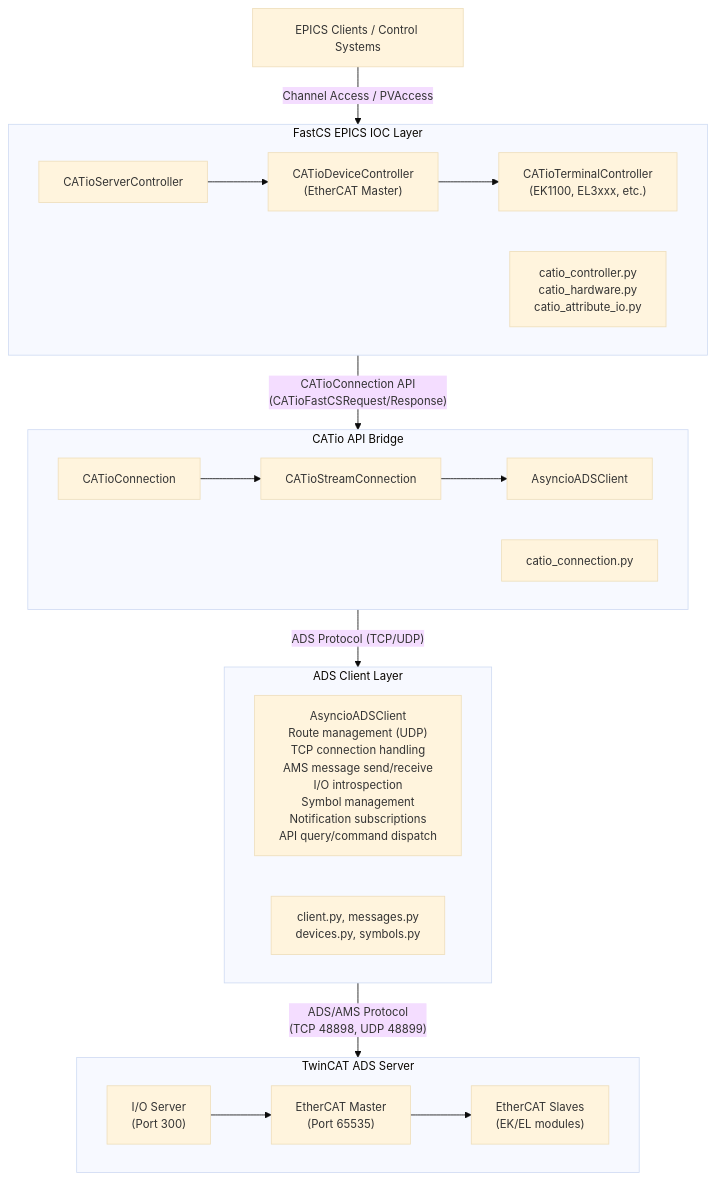
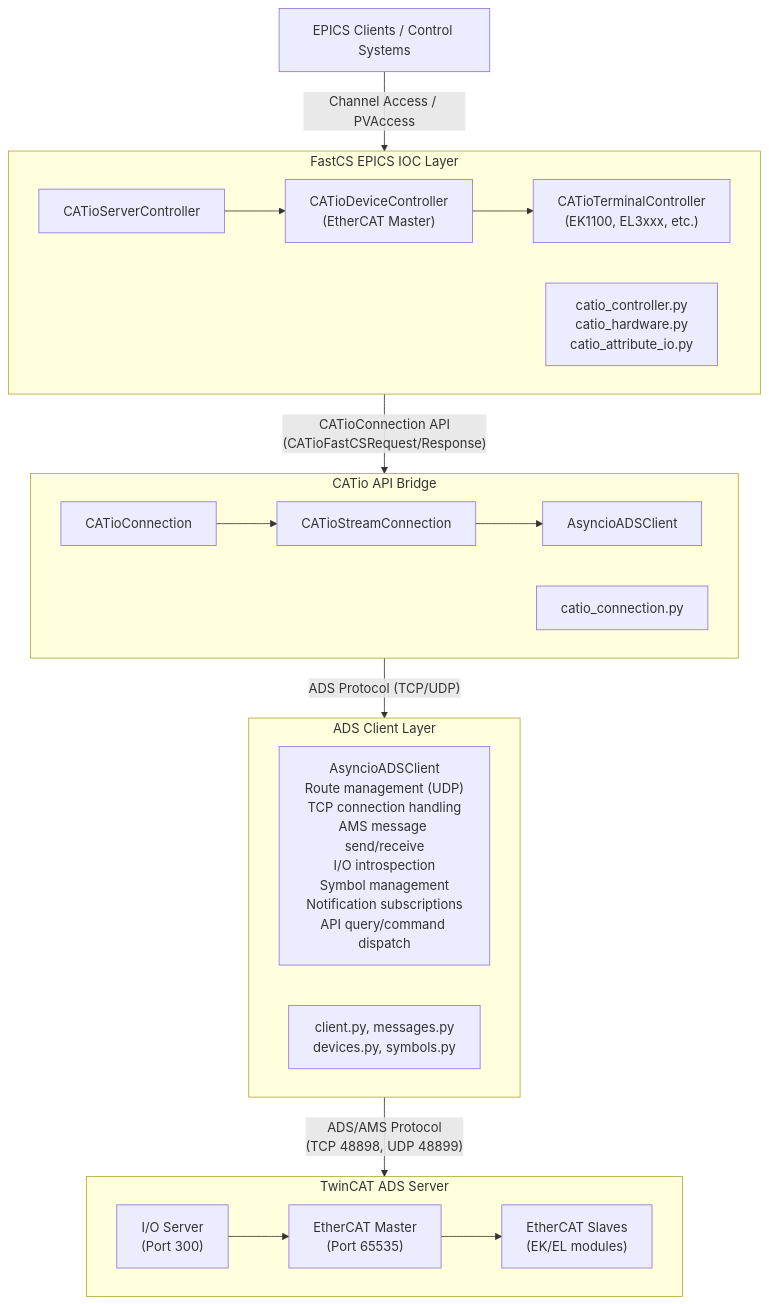
Before and after one commit to DiamondLightSource/fastcs-catio: the first of 2 diagrams in docs/explanations/architecture-overview.md, drawn with Mermaid. The commit also changed other lines of this file and 1 other file, not shown here.

Commit message:
Remove explicit font size from Mermaid diagrams
Remove %%{init: ...fontSize...}%% directives that were causing oversized fonts.
Let mermaid use default font sizing for consistent appearance.

````diff
--- a/docs/explanations/architecture-overview.md
+++ b/docs/explanations/architecture-overview.md
@@ -10,33 +10,32 @@
 ```mermaid
-%%{init: {'theme': 'base', 'themeVariables': { 'fontSize': '14px'}}}%%
 flowchart TB
     clients["EPICS Clients / Control Systems"]
 
     subgraph fastcs["FastCS EPICS IOC Layer"]
         direction LR
         server["CATioServerController"] --> device["CATioDeviceController<br/>(EtherCAT Master)"] --> terminal["CATioTerminalController<br/>(EK1100, EL3xxx, etc.)"]
         fastcs_files["catio_controller.py<br/>catio_hardware.py<br/>catio_attribute_io.py"]
     end
 
     subgraph bridge["CATio API Bridge"]
         direction LR
         conn["CATioConnection"] --> stream["CATioStreamConnection"] --> adsbridge["AsyncioADSClient"]
         bridge_files["catio_connection.py"]
     end
 
     subgraph adslayer["ADS Client Layer"]
         direction LR
         adsclient["AsyncioADSClient<br/>Route management (UDP)<br/>TCP connection handling<br/>AMS message send/receive<br/>I/O introspection<br/>Symbol management<br/>Notification subscriptions<br/>API query/command dispatch"]
         ads_files["client.py, messages.py<br/>devices.py, symbols.py"]
     end
 
     subgraph twincat["TwinCAT ADS Server"]
         direction LR
         ioserver["I/O Server<br/>(Port 300)"] --> master["EtherCAT Master<br/>(Port 65535)"] --> slaves["EtherCAT Slaves<br/>(EK/EL modules)"]
     end
 
     clients -->|"Channel Access / PVAccess"| fastcs
     fastcs -->|"CATioConnection API<br/>(CATioFastCSRequest/Response)"| bridge
     bridge -->|"ADS Protocol (TCP/UDP)"| adslayer
     adslayer -->|"ADS/AMS Protocol<br/>(TCP 48898, UDP 48899)"| twincat
 ```
````
